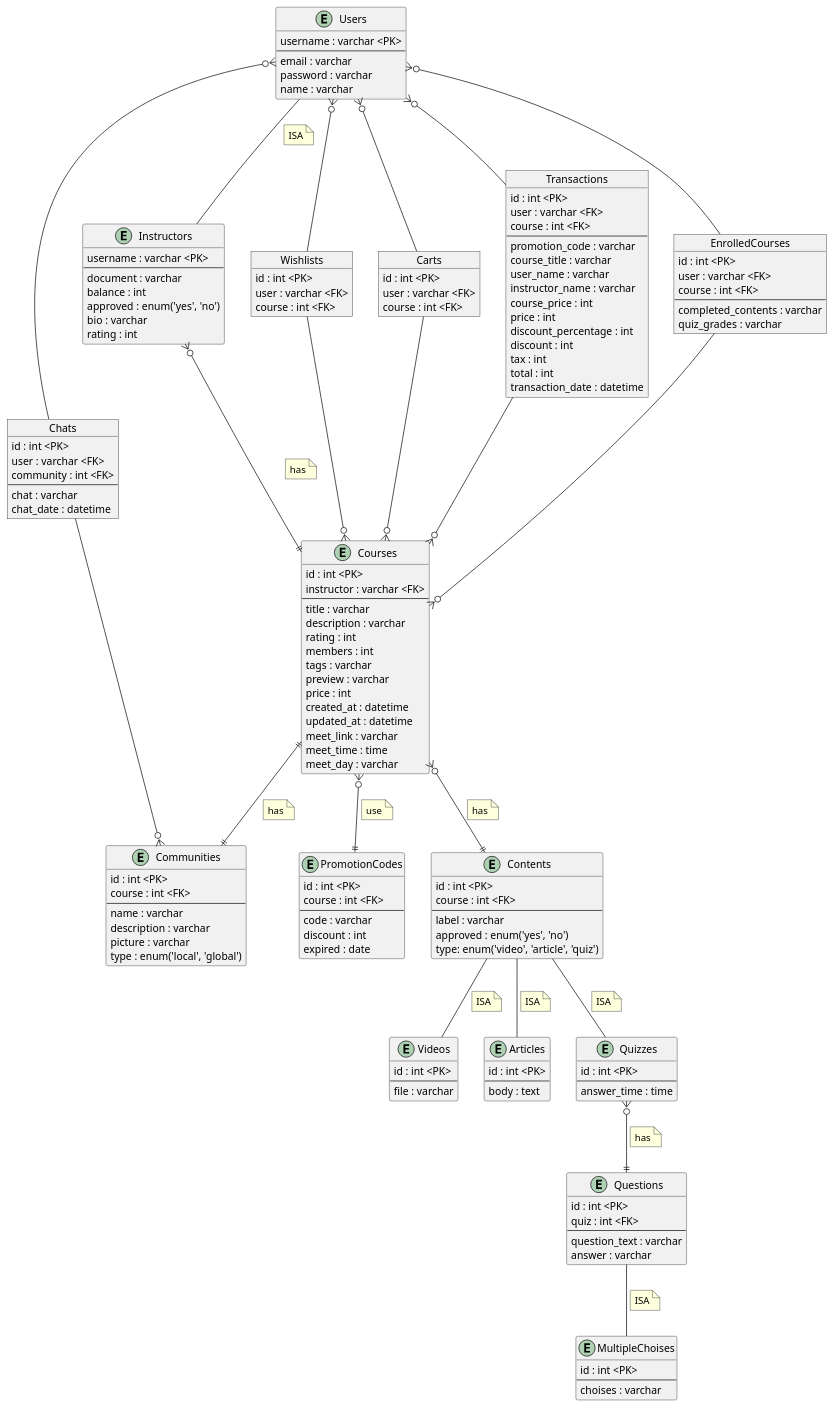
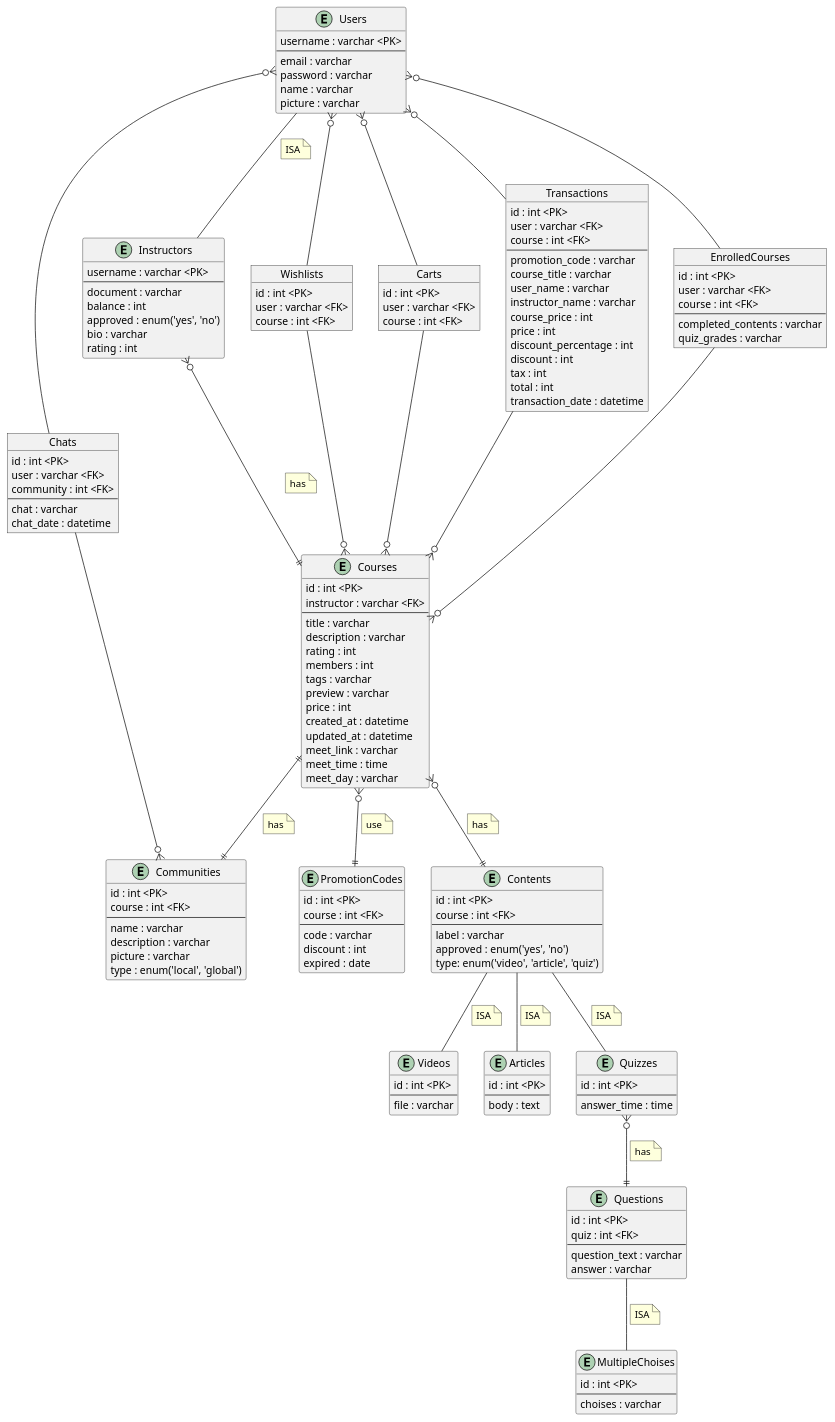
Before and after one commit to iqmalakur/LearNteach: the diagram in docs/diagrams/entity-relationship.puml, drawn with PlantUML. The commit also changed 2 other files, not shown here.

Commit message:
Add Picture Attribute To User

```diff
--- a/docs/diagrams/entity-relationship.puml
+++ b/docs/diagrams/entity-relationship.puml
@@ -5,6 +5,7 @@
     email : varchar
     password : varchar
     name : varchar
+    picture : varchar
 }
 
 entity Communities {
```
